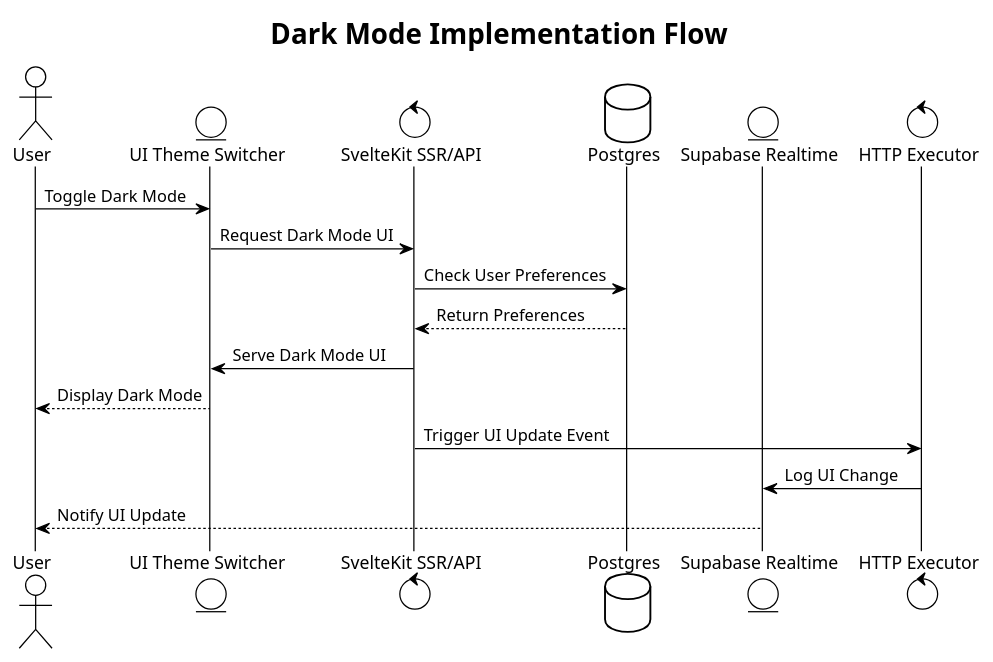
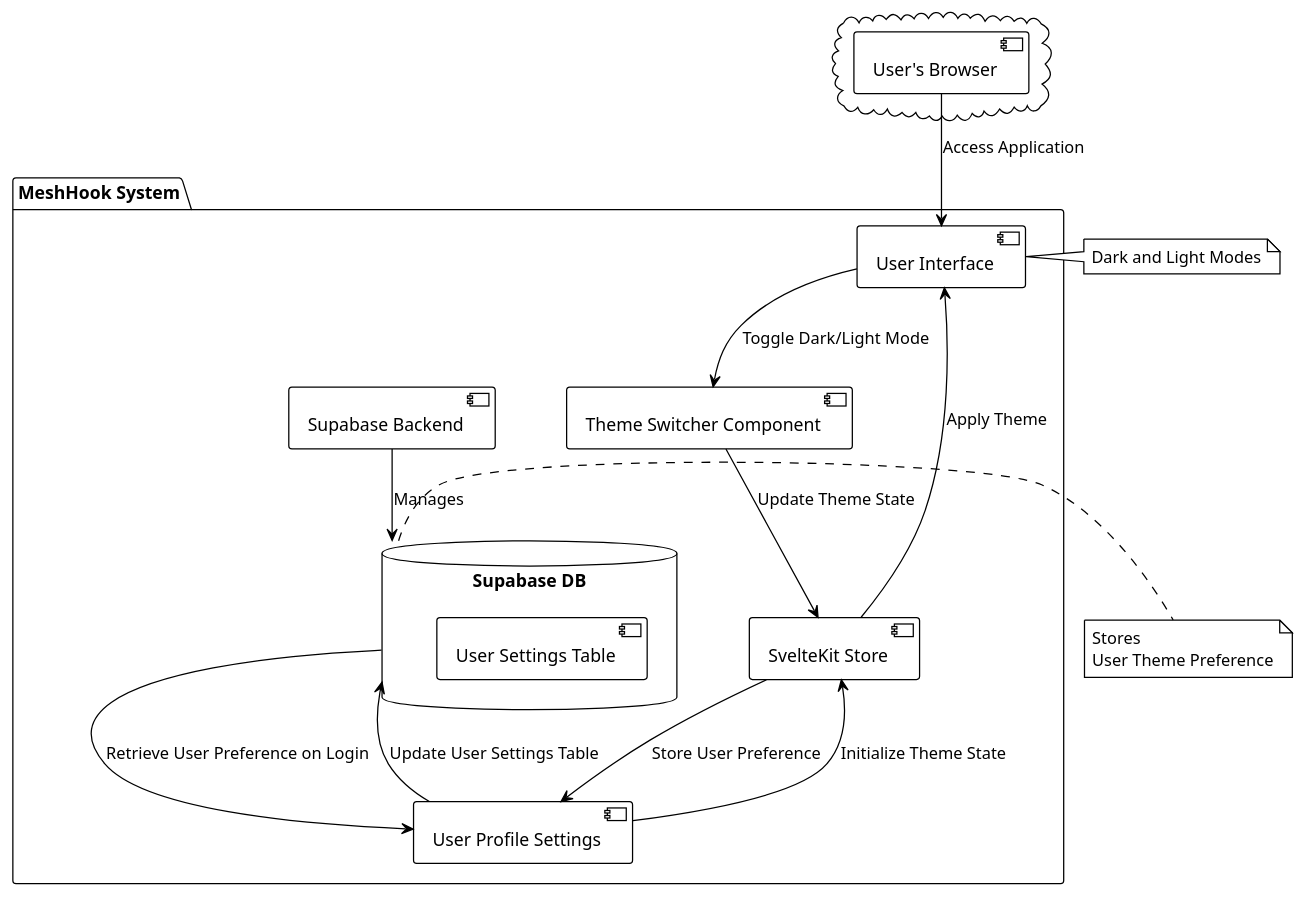
The diagram in docs/PRDs/217-dark-mode.puml (profullstack/meshhook), drawn with PlantUML before and after one commit. The commit also changed 74 other files, not shown here.

```diff
--- a/docs/PRDs/217-dark-mode.puml
+++ b/docs/PRDs/217-dark-mode.puml
@@ -1,24 +1,34 @@
 @startuml
 !theme plain
 
-title Dark Mode Implementation Flow
+package "MeshHook System" {
+    [User Interface] as UI
+    [Theme Switcher Component] as TSC
+    [User Profile Settings] as UPS
+    [Supabase Backend] as Supabase
+    [SvelteKit Store] as Store
+    database "Supabase DB" as DB {
+        [User Settings Table]
+    }
+}
 
-actor User
-entity "UI Theme Switcher" as Switcher
-control "SvelteKit SSR/API" as SSR
-database "Postgres" as DB
-entity "Supabase Realtime" as Realtime
-control "HTTP Executor" as Executor
+cloud {
+    [User's Browser] as Browser
+}
 
-User -> Switcher : Toggle Dark Mode
-Switcher -> SSR : Request Dark Mode UI
-SSR -> DB : Check User Preferences
-DB --> SSR : Return Preferences
-SSR -> Switcher : Serve Dark Mode UI
-Switcher --> User : Display Dark Mode
+Browser --> UI : Access Application
+UI --> TSC : Toggle Dark/Light Mode
+TSC --> Store : Update Theme State
+Store --> UPS : Store User Preference
+UPS --> DB : Update User Settings Table
+DB --> UPS : Retrieve User Preference on Login
+UPS --> Store : Initialize Theme State
+Store --> UI : Apply Theme
 
-SSR -> Executor : Trigger UI Update Event
-Executor -> Realtime : Log UI Change
-Realtime --> User : Notify UI Update
+note right of UI : Dark and Light Modes
+
+note right of DB : Stores\nUser Theme Preference
+
+Supabase --> DB : Manages
 
 @enduml
```
